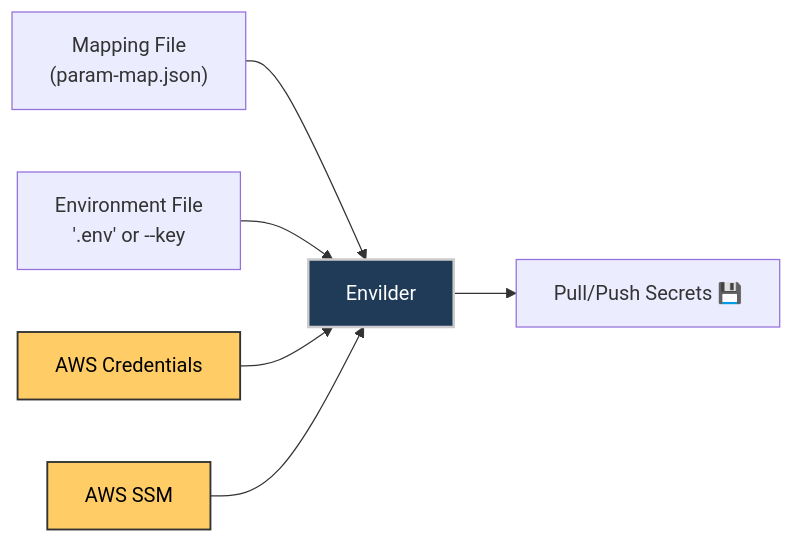
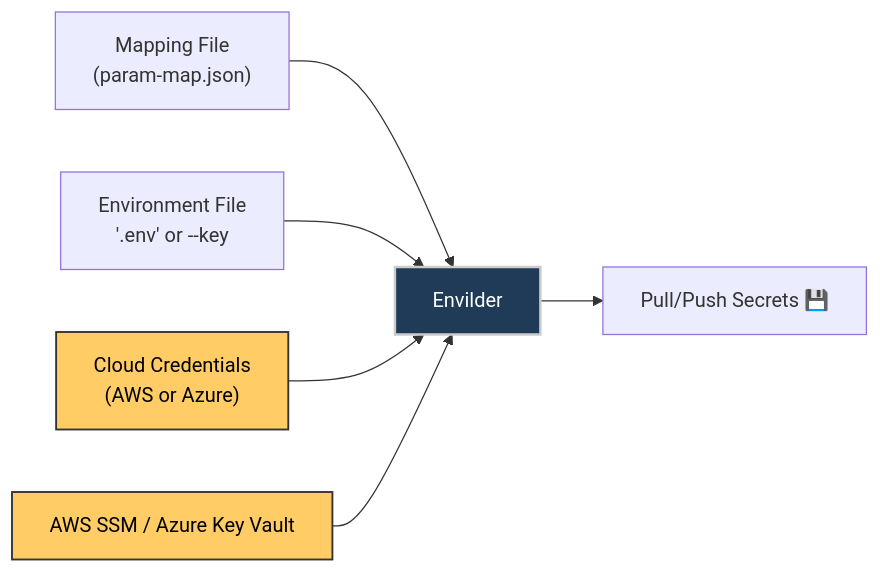
The diagram in README.md (macalbert/envilder), drawn with Mermaid before and after one commit. The commit also changed other lines of this file and 11 other files, not shown here.

First line of the commit message:
feat: Add Azure Key Vault support for secret management

````diff
--- a/README.md
+++ b/README.md
@@ -180,11 +225,11 @@
 ```mermaid
 graph LR
     A["Mapping File<br/>(param-map.json)"] --> B[Envilder]:::core
     C["Environment File<br/> '.env' or --key"] --> B
-    D["AWS Credentials"]:::aws --> B
-    E["AWS SSM"]:::aws --> B
+    D["Cloud Credentials<br/>(AWS or Azure)"]:::cloud --> B
+    E["AWS SSM / Azure Key Vault"]:::cloud --> B
     B --> F["Pull/Push Secrets 💾"]
 
-    classDef aws fill:#ffcc66,color:#000000,stroke:#333,stroke-width:1.5px;
+    classDef cloud fill:#ffcc66,color:#000000,stroke:#333,stroke-width:1.5px;
     classDef core fill:#1f3b57,color:#fff,stroke:#ccc,stroke-width:2px;
 ```
````
